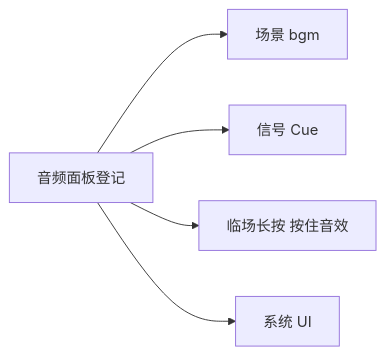
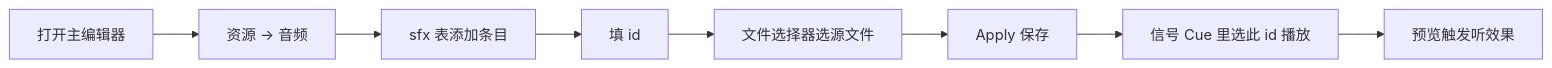
The diagram in docs/editors/panels/audio.md (wubugui/GDoc), drawn with Mermaid before and after one commit. The commit also changed other lines of this file and 112 other files, not shown here.

````diff
--- a/docs/editors/panels/audio.md
+++ b/docs/editors/panels/audio.md
@@ -40,7 +27,10 @@
 ```mermaid
 flowchart LR
-  A[音频面板登记] --> S[场景 bgm]
-  A --> C[信号 Cue]
-  A --> P[临场长按 按住音效]
-  A --> SYS[系统 UI]
+  A[打开主编辑器] --> B[资源 -> 音频]
+  B --> C[sfx 表添加条目]
+  C --> D[填 id]
+  D --> E[文件选择器选源文件]
+  E --> F[Apply 保存]
+  F --> G[信号 Cue 里选此 id 播放]
+  G --> H[预览触发听效果]
 ```
````
